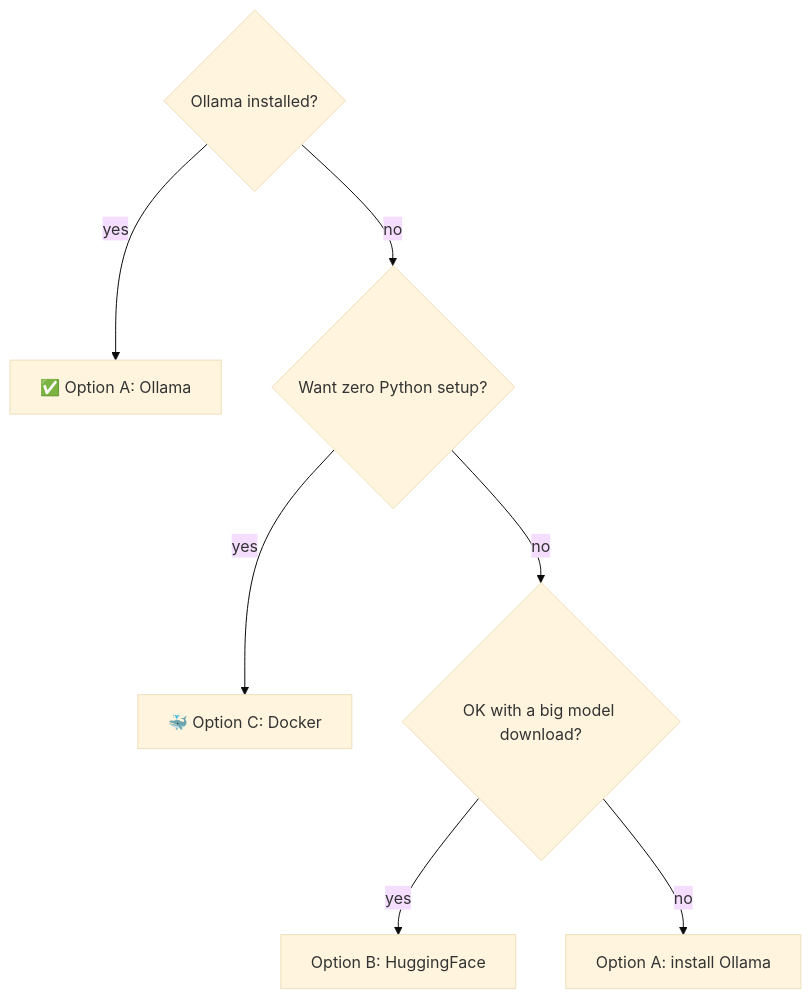
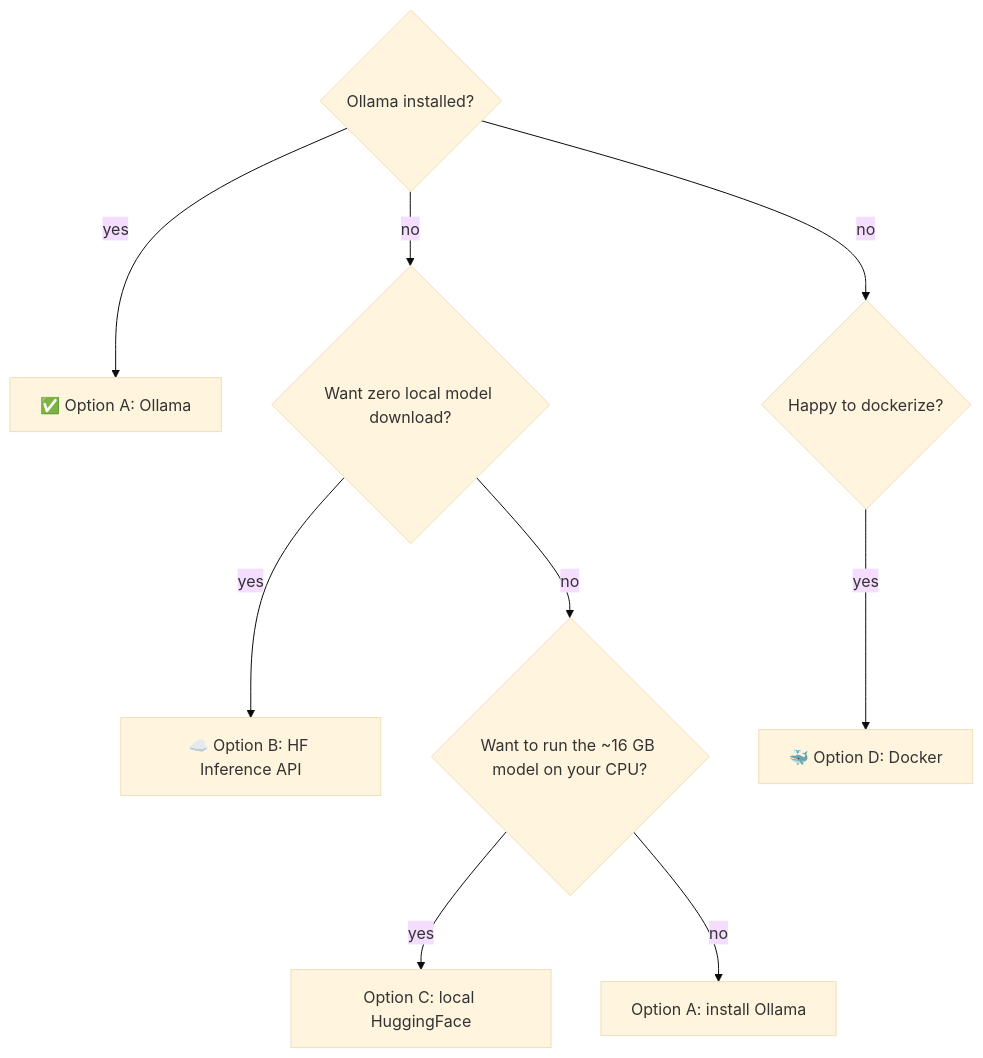
One commit to zakisserious/codebase-qa changed the third of 4 diagrams in README.md. Above: the diagram before and after it, drawn with Mermaid (base theme). The commit also changed other lines of this file, not shown here.

Commit message:
docs: rewrite README from code (badges, providers, API, config, troubleshooting)

````diff
--- a/README.md
+++ b/README.md
@@ -183,9 +335,11 @@
 ```mermaid
 flowchart TD
     START{"Ollama installed?"} -->|yes| A["✅ Option A: Ollama"]
-    START -->|no| B{"Want zero Python setup?"}
-    B -->|yes| C["🐳 Option C: Docker"]
-    B -->|no| D{"OK with a big model download?"}
-    D -->|yes| E["Option B: HuggingFace"]
+    START -->|no| B{"Want zero local model download?"}
+    B -->|yes| C["☁️ Option B: HF Inference API"]
+    B -->|no| D{"Want to run the ~16 GB model on your CPU?"}
+    D -->|yes| E["Option C: local HuggingFace"]
     D -->|no| F["Option A: install Ollama"]
+    START -->|no| G{"Happy to dockerize?"}
+    G -->|yes| C2["🐳 Option D: Docker"]
 ```
````
